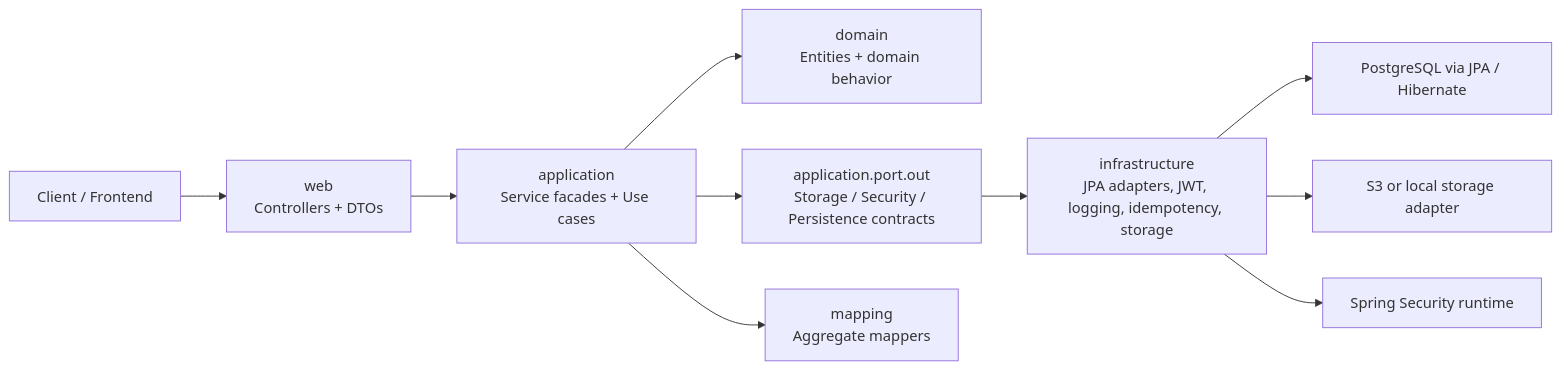
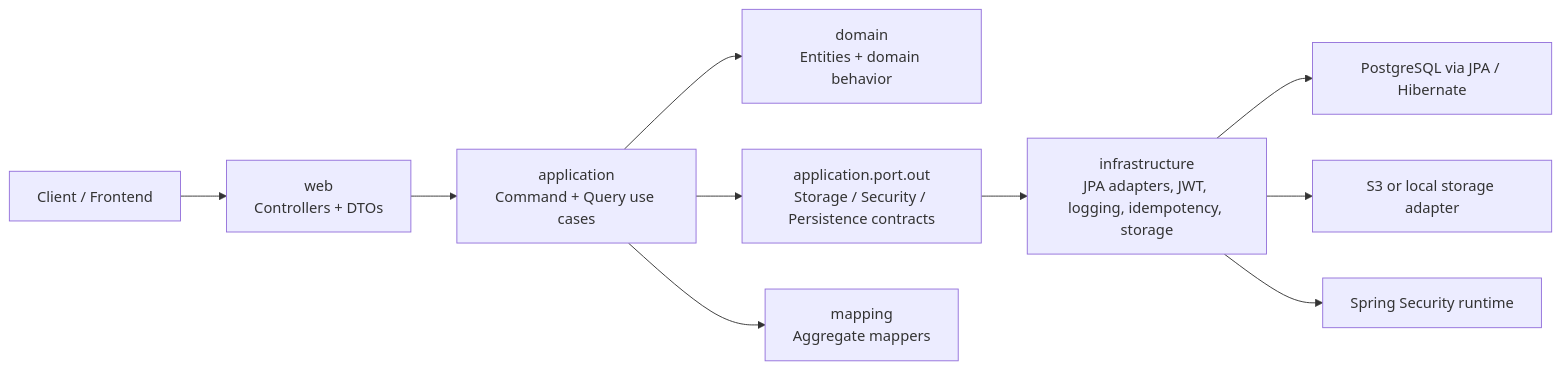
The first of 4 diagrams in README.md (andinogabriel/backend-funeraria-app), drawn with Mermaid before and after one commit. The commit also changed other lines of this file and 61 other files, not shown here.

````diff
--- a/README.md
+++ b/README.md
@@ -107,12 +106,12 @@
 ```mermaid
 flowchart LR
     Client["Client / Frontend"] --> Web["web<br/>Controllers + DTOs"]
-    Web --> App["application<br/>Service facades + Use cases"]
+    Web --> App["application<br/>Command + Query use cases"]
     App --> Domain["domain<br/>Entities + domain behavior"]
     App --> Ports["application.port.out<br/>Storage / Security / Persistence contracts"]
     App --> Mapping["mapping<br/>Aggregate mappers"]
     Ports --> Infra["infrastructure<br/>JPA adapters, JWT, logging, idempotency, storage"]
     Infra --> Postgres["PostgreSQL via JPA / Hibernate"]
     Infra --> Storage["S3 or local storage adapter"]
     Infra --> Security["Spring Security runtime"]
 ```
````
